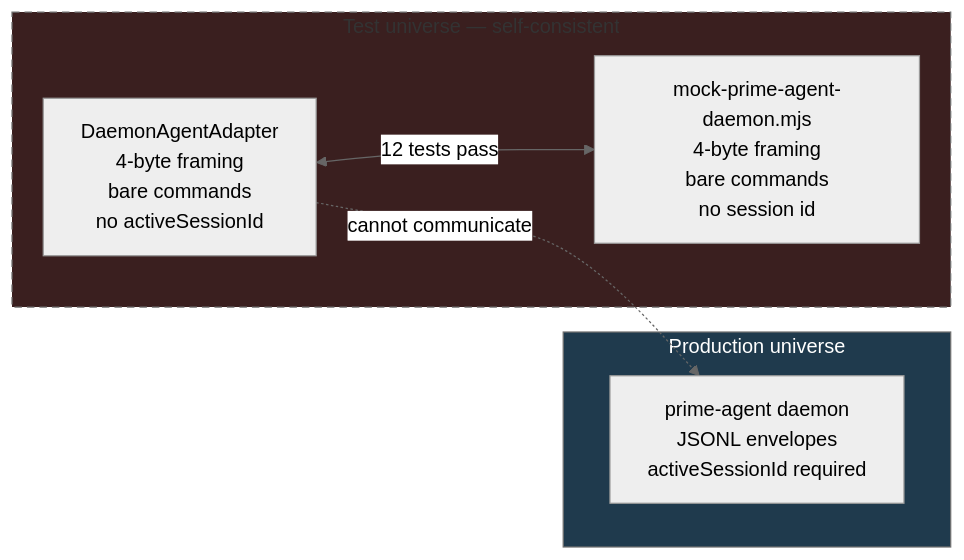
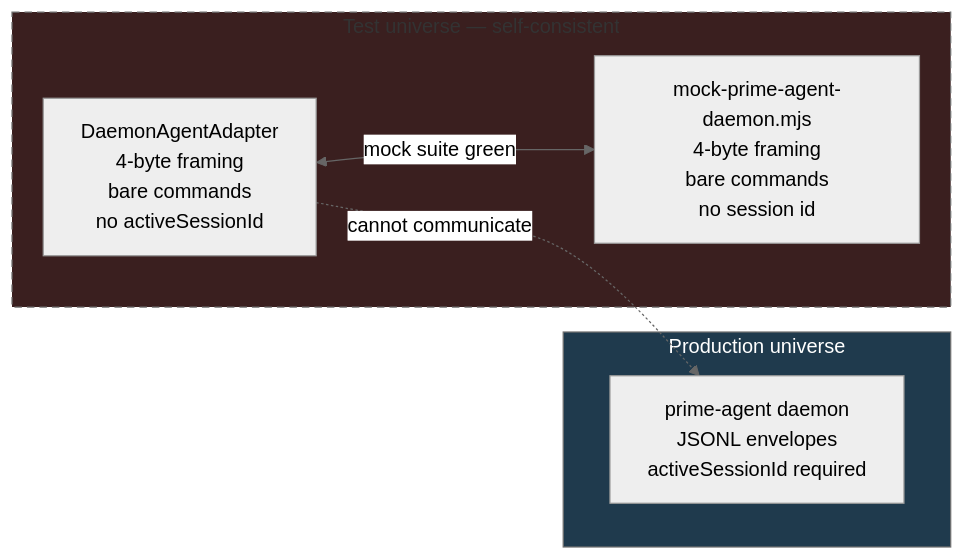
One commit to aywengo/mercury changed the third of 4 diagrams in docs/daemon-agent-sessions.md. Above: the diagram before and after it, drawn with Mermaid (neutral theme). The commit also changed other lines of this file and 6 other files, not shown here.

````diff
--- a/docs/daemon-agent-sessions.md
+++ b/docs/daemon-agent-sessions.md
@@ -347,14 +348,14 @@
 ```mermaid
 flowchart LR
     subgraph FICTION["Test universe — self-consistent"]
       AD["DaemonAgentAdapter<br/>4-byte framing<br/>bare commands<br/>no activeSessionId"]
       MK["mock-prime-agent-daemon.mjs<br/>4-byte framing<br/>bare commands<br/>no session id"]
-      AD <-->|"12 tests pass"| MK
+      AD <-->|"mock suite green"| MK
     end
     subgraph REAL["Production universe"]
       DA["prime-agent daemon<br/>JSONL envelopes<br/>activeSessionId required"]
     end
     AD -.->|"cannot communicate"| DA
     style FICTION stroke-dasharray: 6 4,fill:#3a1f1f
     style REAL fill:#1f3a4d,color:#fff
 ```
````
